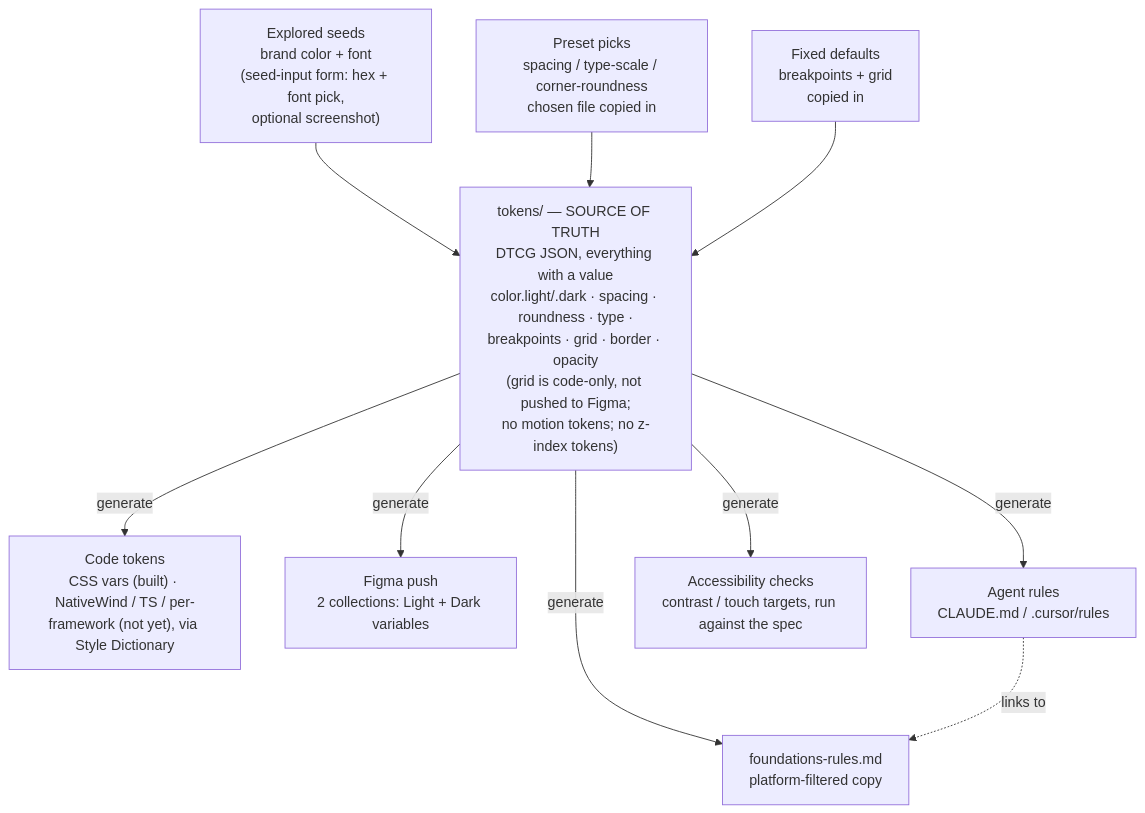
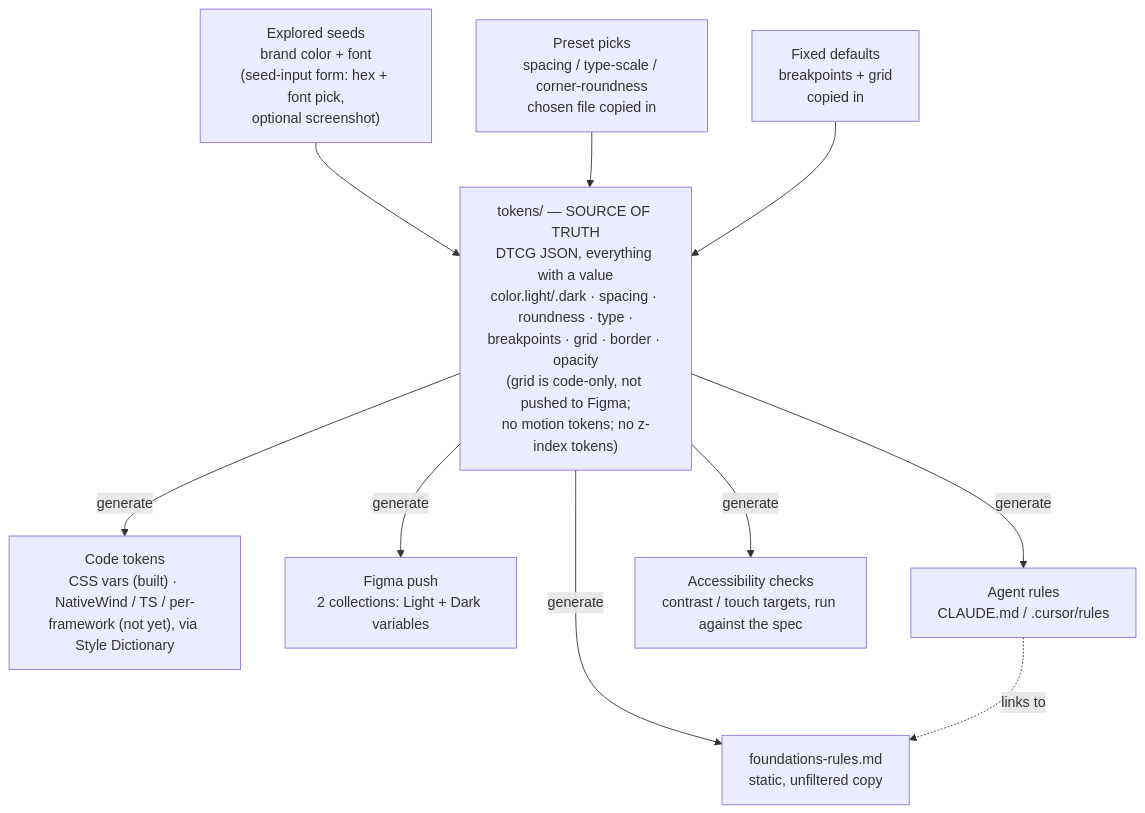
One commit to graphicalmike-ops/Scaffolded-Design-System-Generation-Tool-SDSGT changed the fourth of 4 diagrams in pipeline-plan.md. Above: the diagram before and after it, drawn with Mermaid. The commit also changed other lines of this file and 15 other files, not shown here.

````diff
--- a/pipeline-plan.md
+++ b/pipeline-plan.md
@@ -331,26 +333,26 @@
 ```mermaid
 flowchart TD
     explored["Explored seeds<br/>brand color + font<br/>(seed-input form: hex + font pick,<br/>optional screenshot)"]
     preset["Preset picks<br/>spacing / type-scale / corner-roundness<br/>chosen file copied in"]
     default["Fixed defaults<br/>breakpoints + grid<br/>copied in"]
 
     tokens["tokens/ — SOURCE OF TRUTH<br/>DTCG JSON, everything with a value<br/>color.light/.dark · spacing · roundness · type ·<br/>breakpoints · grid · border · opacity<br/>(grid is code-only, not pushed to Figma;<br/>no motion tokens; no z-index tokens)"]
 
     explored --> tokens
     preset --> tokens
     default --> tokens
 
     codeTokens["Code tokens<br/>CSS vars (built) · NativeWind / TS / per-framework (not yet), via Style Dictionary"]
     figmaPush["Figma push<br/>2 collections: Light + Dark variables"]
     agentRules["Agent rules<br/>CLAUDE.md / .cursor/rules"]
-    rulesDoc["foundations-rules.md<br/>platform-filtered copy"]
+    rulesDoc["foundations-rules.md<br/>static, unfiltered copy"]
     a11y["Accessibility checks<br/>contrast / touch targets, run against the spec"]
 
     tokens -->|generate| codeTokens
     tokens -->|generate| figmaPush
     tokens -->|generate| agentRules
     tokens -->|generate| rulesDoc
     tokens -->|generate| a11y
 
     agentRules -.->|links to| rulesDoc
 ```
````
